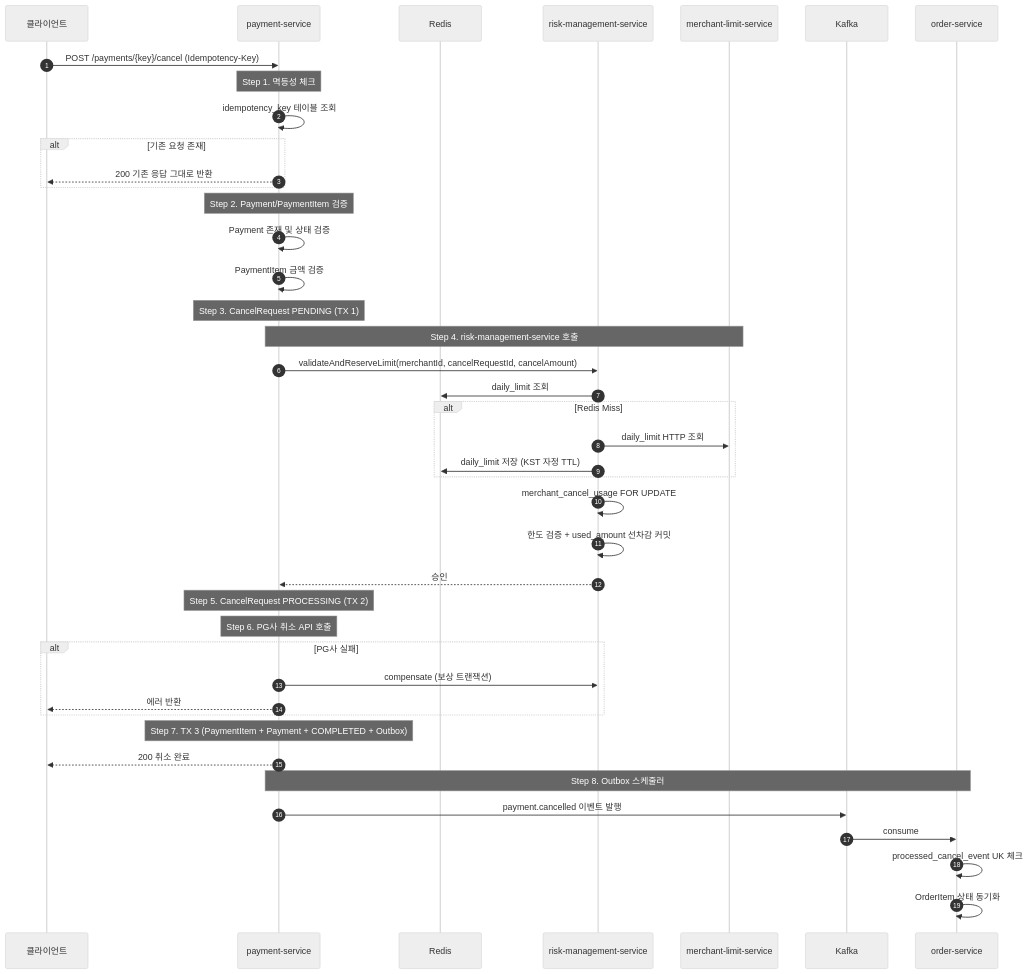
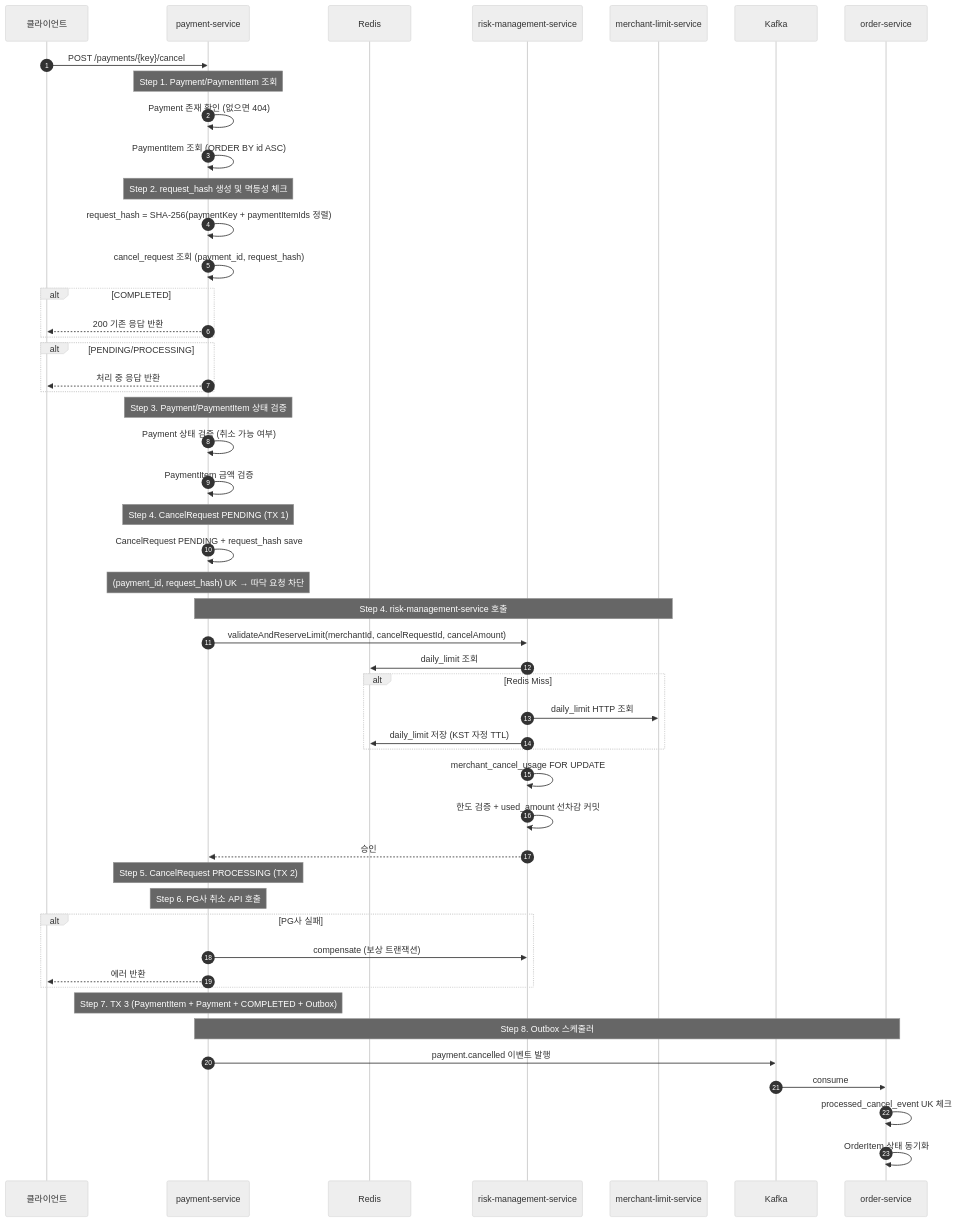
Before and after one commit to lsc713/docswithmulti: the second of 6 diagrams in sysdesign/design-review.md, drawn with Mermaid (neutral theme). The commit also changed other lines of this file and 2 other files, not shown here.

First line of the commit message:
docs: Update design documentation for idempotency and cancellation flow

````diff
--- a/sysdesign/design-review.md
+++ b/sysdesign/design-review.md
@@ -77,54 +77,62 @@
 ```mermaid
 sequenceDiagram
   autonumber
   participant C as 클라이언트
   participant P as payment-service
   participant Redis as Redis
   participant R as risk-management-service
   participant M as merchant-limit-service
   participant K as Kafka
   participant O as order-service
 
-  C->>P: POST /payments/{key}/cancel (Idempotency-Key)
+  C->>P: POST /payments/{key}/cancel
 
-  Note over P: Step 1. 멱등성 체크
-  P->>P: idempotency_key 테이블 조회
-  alt 기존 요청 존재
-    P-->>C: 200 기존 응답 그대로 반환
+  Note over P: Step 1. Payment/PaymentItem 조회
+  P->>P: Payment 존재 확인 (없으면 404)
+  P->>P: PaymentItem 조회 (ORDER BY id ASC)
+
+  Note over P: Step 2. request_hash 생성 및 멱등성 체크
+  P->>P: request_hash = SHA-256(paymentKey + paymentItemIds 정렬)
+  P->>P: cancel_request 조회 (payment_id, request_hash)
+  alt COMPLETED
+    P-->>C: 200 기존 응답 반환
+  end
+  alt PENDING/PROCESSING
+    P-->>C: 처리 중 응답 반환
   end
 
-  Note over P: Step 2. Payment/PaymentItem 검증
-  P->>P: Payment 존재 및 상태 검증
+  Note over P: Step 3. Payment/PaymentItem 상태 검증
+  P->>P: Payment 상태 검증 (취소 가능 여부)
   P->>P: PaymentItem 금액 검증
 
-  Note over P: Step 3. CancelRequest PENDING (TX 1)
+  Note over P: Step 4. CancelRequest PENDING (TX 1)
+  P->>P: CancelRequest PENDING + request_hash save
+  Note over P: (payment_id, request_hash) UK → 따닥 요청 차단
 
   Note over P,M: Step 4. risk-management-service 호출
   P->>R: validateAndReserveLimit(merchantId, cancelRequestId, cancelAmount)
   R->>Redis: daily_limit 조회
   alt Redis Miss
     R->>M: daily_limit HTTP 조회
     R->>Redis: daily_limit 저장 (KST 자정 TTL)
   end
   R->>R: merchant_cancel_usage FOR UPDATE
   R->>R: 한도 검증 + used_amount 선차감 커밋
   R-->>P: 승인
 
   Note over P: Step 5. CancelRequest PROCESSING (TX 2)
 
   Note over P: Step 6. PG사 취소 API 호출
   alt PG사 실패
     P->>R: compensate (보상 트랜잭션)
     P-->>C: 에러 반환
   end
 
   Note over P: Step 7. TX 3 (PaymentItem + Payment + COMPLETED + Outbox)
 
-  P-->>C: 200 취소 완료
-
   Note over P,O: Step 8. Outbox 스케줄러
   P->>K: payment.cancelled 이벤트 발행
   K->>O: consume
   O->>O: processed_cancel_event UK 체크
   O->>O: OrderItem 상태 동기화
 ```
````
